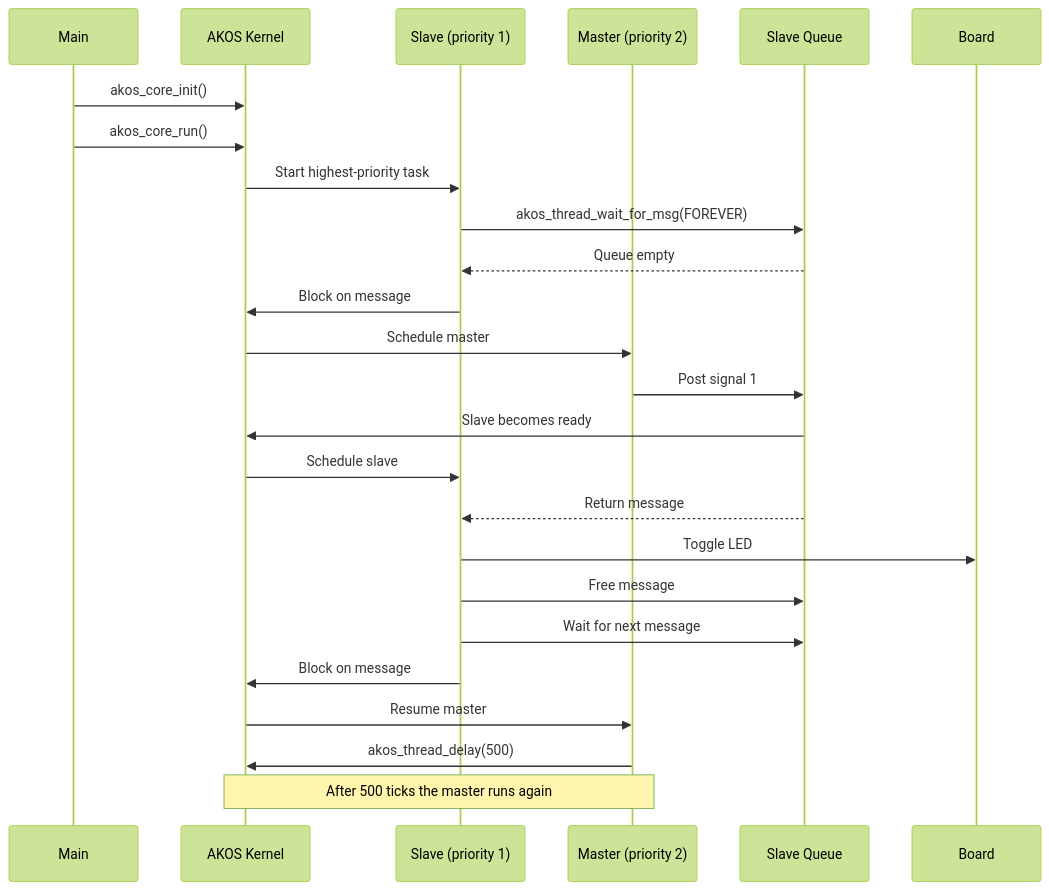
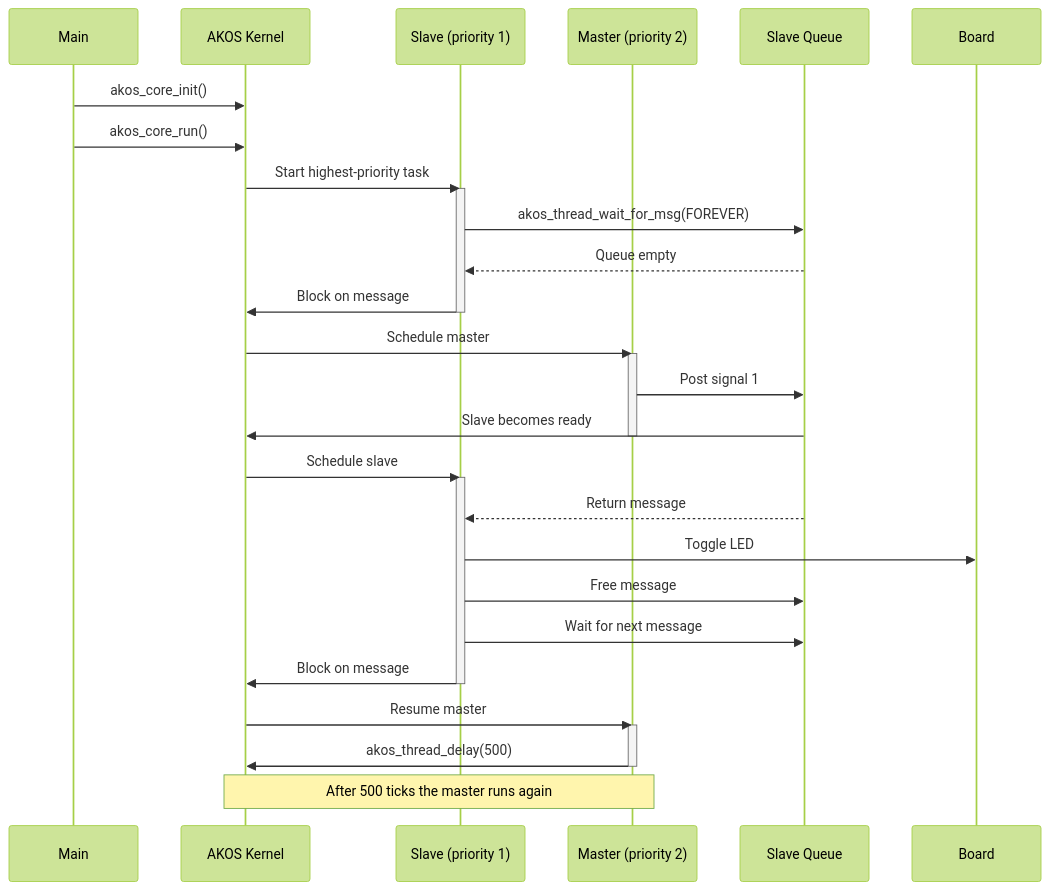
The diagram in examples/message/README.md (the-ak-foundation/akos), drawn with Mermaid (forest theme) before and after one commit. The commit also changed other lines of this file and 3 other files, not shown here.

Commit message:
[UPDATE] update sequence diagrams

````diff
--- a/examples/message/README.md
+++ b/examples/message/README.md
@@ -6,32 +7,40 @@
 ```mermaid
 sequenceDiagram
     participant Main
     participant Kernel as AKOS Kernel
     participant Slave as Slave (priority 1)
     participant Master as Master (priority 2)
     participant Queue as Slave Queue
     participant Board
 
     Main->>Kernel: akos_core_init()
     Main->>Kernel: akos_core_run()
 
     Kernel->>Slave: Start highest-priority task
+    activate Slave
     Slave->>Queue: akos_thread_wait_for_msg(FOREVER)
     Queue-->>Slave: Queue empty
     Slave->>Kernel: Block on message
+    deactivate Slave
 
     Kernel->>Master: Schedule master
+    activate Master
     Master->>Queue: Post signal 1
     Queue->>Kernel: Slave becomes ready
+    deactivate Master
     Kernel->>Slave: Schedule slave
+    activate Slave
     Queue-->>Slave: Return message
     Slave->>Board: Toggle LED
     Slave->>Queue: Free message
     Slave->>Queue: Wait for next message
     Slave->>Kernel: Block on message
+    deactivate Slave
 
     Kernel->>Master: Resume master
+    activate Master
     Master->>Kernel: akos_thread_delay(500)
+    deactivate Master
 
     Note over Kernel,Master: After 500 ticks the master runs again
 ```
````
